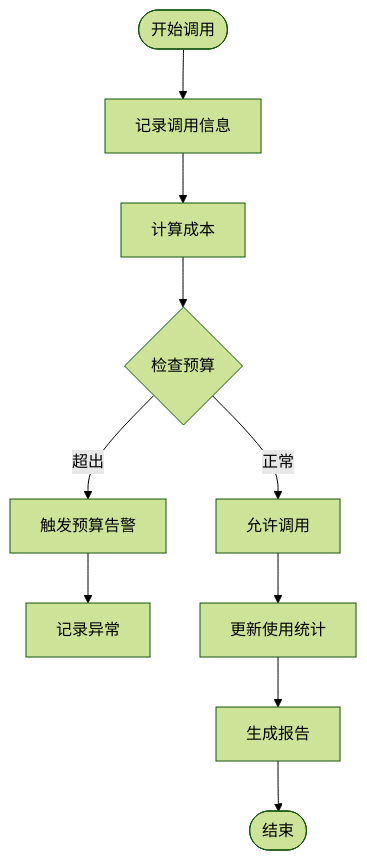
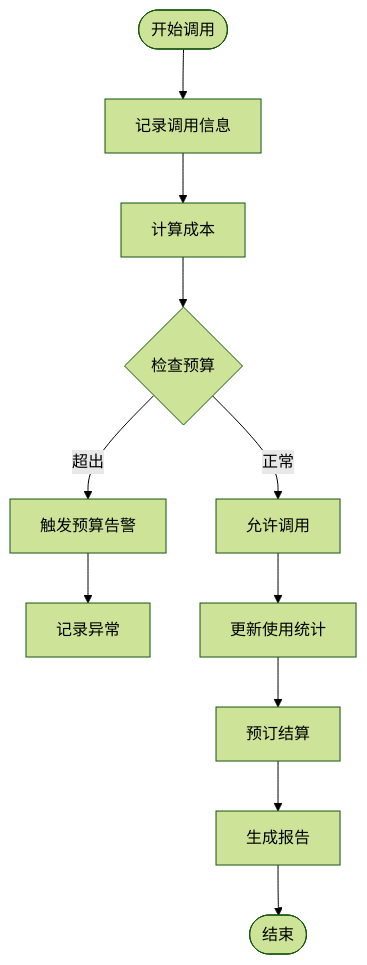
One commit to scottcwy/PurpleInk changed the seventh of 15 diagrams in .qoder/repowiki/zh/content/AI系统集成/AI托管服务架构.md. Above: the diagram before and after it, drawn with Mermaid (forest theme). The commit also changed other lines of this file and 48 other files, not shown here.

````diff
--- a/.qoder/repowiki/zh/content/AI系统集成/AI托管服务架构.md
+++ b/.qoder/repowiki/zh/content/AI系统集成/AI托管服务架构.md
@@ -391,12 +508,13 @@
 ```mermaid
 flowchart TD
 Start(["开始调用"]) --> Record["记录调用信息"]
 Record --> Calculate["计算成本"]
 Calculate --> CheckBudget{"检查预算"}
 CheckBudget --> |超出| Alert["触发预算告警"]
 CheckBudget --> |正常| Allow["允许调用"]
 Alert --> Log["记录异常"]
 Allow --> Update["更新使用统计"]
-Update --> Report["生成报告"]
+Update --> Settlement["预订结算"]
+Settlement --> Report["生成报告"]
 Report --> End(["结束"])
 ```
````
